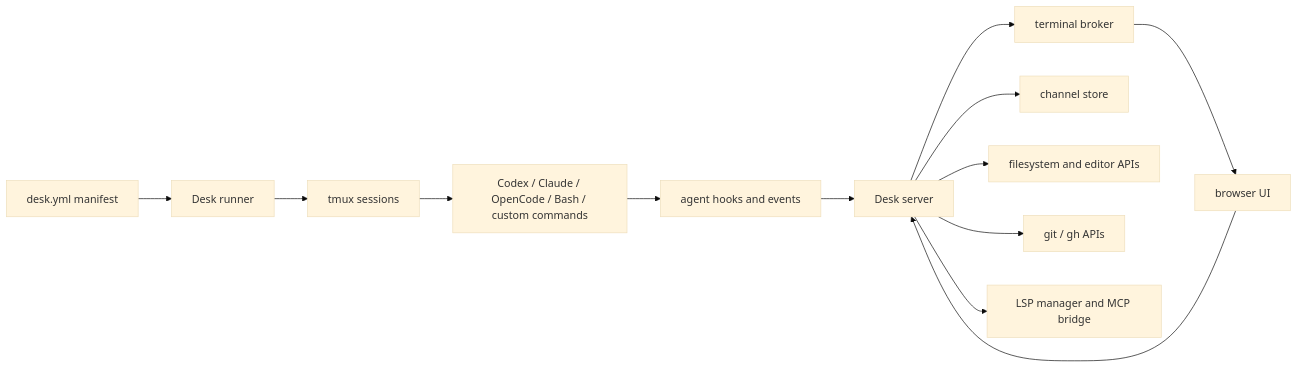
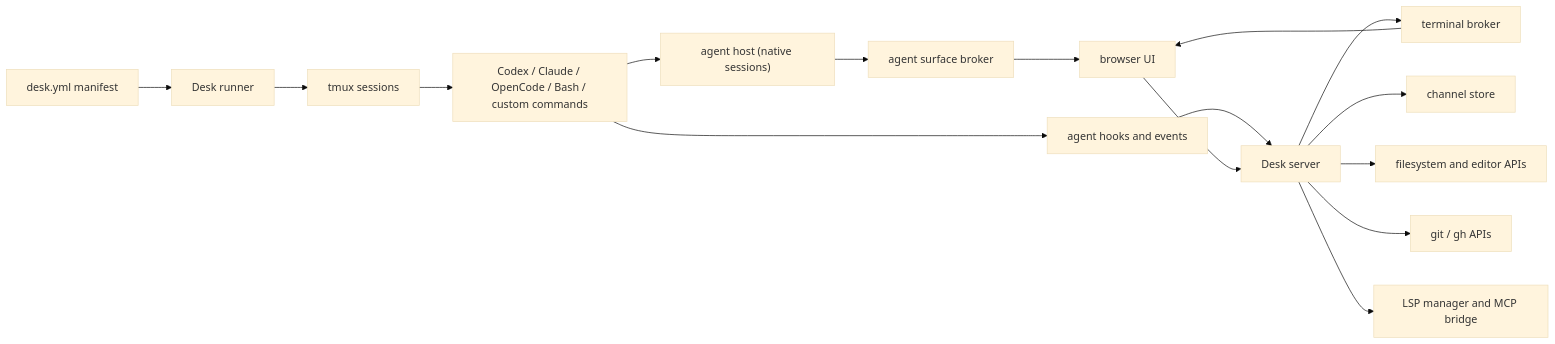
The diagram in docs/concepts-architecture.md (BrainyBlaze/desk), drawn with Mermaid (base theme) before and after one commit. The commit also changed other lines of this file and 4 other files, not shown here.

First line of the commit message:
docs: architecture and layout pages describe the dual-surface product

````diff
--- a/docs/concepts-architecture.md
+++ b/docs/concepts-architecture.md
@@ -12,15 +12,18 @@
 ```mermaid
 flowchart LR
   Manifest["desk.yml manifest"] --> Runner["Desk runner"]
   Runner --> Tmux["tmux sessions"]
   Tmux --> Agents["Codex / Claude / OpenCode / Bash / custom commands"]
   Server["Desk server"] --> Broker["terminal broker"]
   Broker --> Browser["browser UI"]
+  Agents --> Host["agent host (native sessions)"]
+  Host --> SurfaceBroker["agent surface broker"]
+  SurfaceBroker --> Browser
   Server --> Channels["channel store"]
   Server --> FS["filesystem and editor APIs"]
   Server --> Git["git / gh APIs"]
   Server --> LSP["LSP manager and MCP bridge"]
   Agents --> Events["agent hooks and events"]
   Events --> Server
   Browser --> Server
 ```
````
